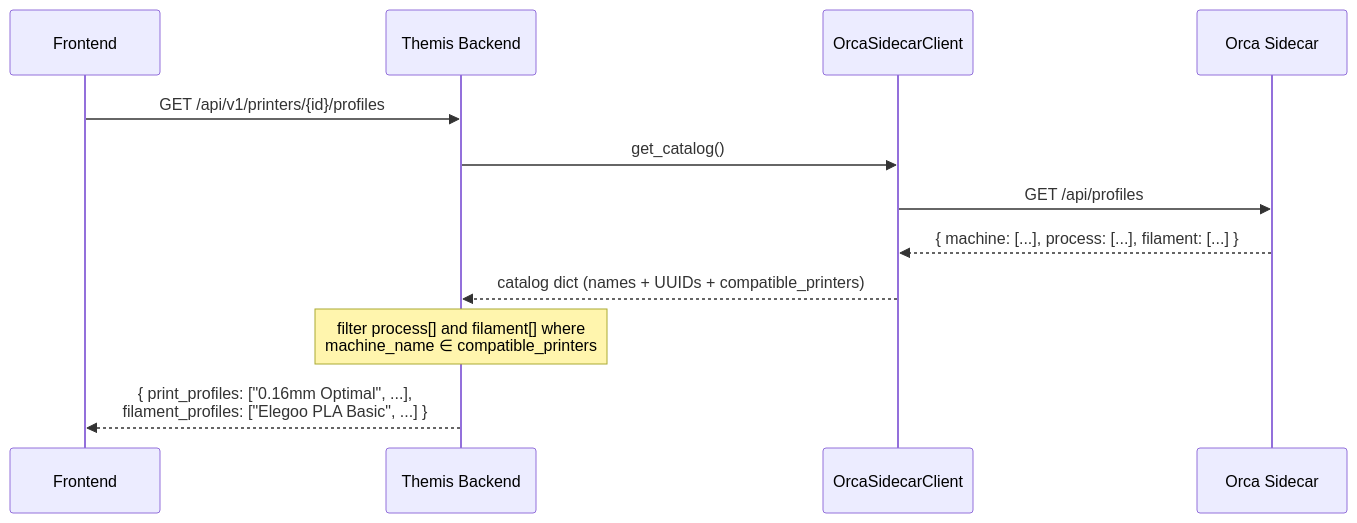
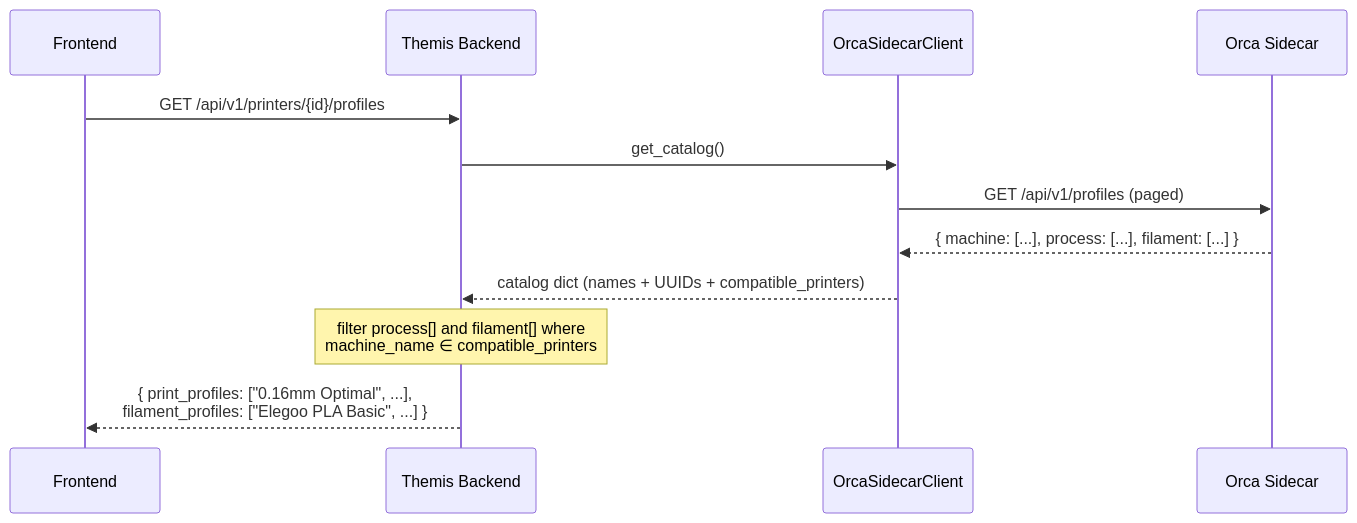
One commit to mgomezdev/themis changed the third of 9 diagrams in docs/slicing-flow.md. Above: the diagram before and after it, drawn with Mermaid. The commit also changed other lines of this file and 12 other files, not shown here.

````diff
--- a/docs/slicing-flow.md
+++ b/docs/slicing-flow.md
@@ -73,17 +73,17 @@
 ```mermaid
 sequenceDiagram
     participant UI as Frontend
     participant TB as Themis Backend
     participant SC as OrcaSidecarClient
     participant OS as Orca Sidecar
 
     UI->>TB: GET /api/v1/printers/{id}/profiles
     TB->>SC: get_catalog()
-    SC->>OS: GET /api/profiles
+    SC->>OS: GET /api/v1/profiles (paged)
     OS-->>SC: { machine: [...], process: [...], filament: [...] }
     SC-->>TB: catalog dict (names + UUIDs + compatible_printers)
 
     note over TB: filter process[] and filament[] where<br/>machine_name ∈ compatible_printers
 
     TB-->>UI: { print_profiles: ["0.16mm Optimal", ...],<br/>             filament_profiles: ["Elegoo PLA Basic", ...] }
 ```
````
